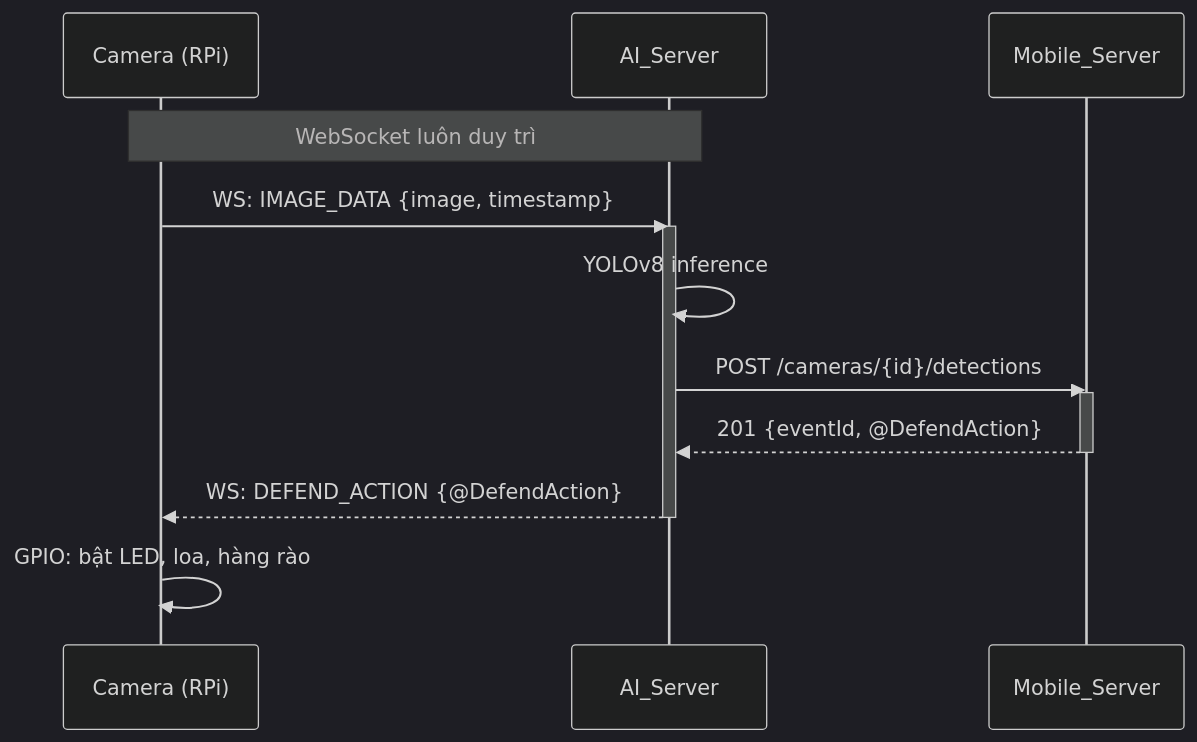
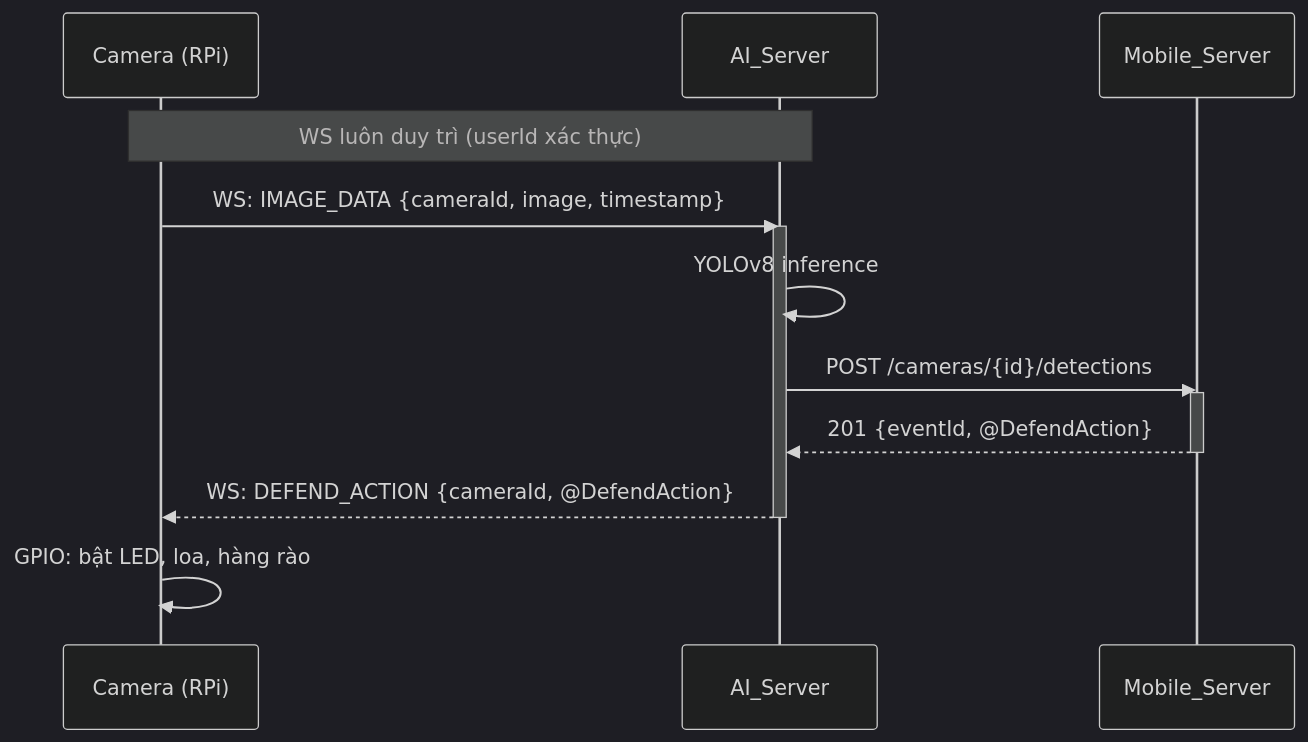
One commit to trungnguyenthien/Wildlife-Warning-and-Deterrence-System changed the diagram in docs/ai-server-websocket.md. Above: the diagram before and after it, drawn with Mermaid (dark theme). The commit also changed other lines of this file, not shown here.

Commit message:
feat: update WebSocket connection parameters and message format for Camera and AI_Server communication

````diff
--- a/docs/ai-server-websocket.md
+++ b/docs/ai-server-websocket.md
@@ -357,18 +402,18 @@
 ```mermaid
 sequenceDiagram
     participant Camera as Camera (RPi)
     participant AI_Server as AI_Server
     participant Mobile_Server as Mobile_Server
 
-    Note over Camera, AI_Server: WebSocket luôn duy trì
-    Camera->>AI_Server: WS: IMAGE_DATA {image, timestamp}
+    Note over Camera, AI_Server: WS luôn duy trì (userId xác thực)
+    Camera->>AI_Server: WS: IMAGE_DATA {cameraId, image, timestamp}
     activate AI_Server
     AI_Server->>AI_Server: YOLOv8 inference
     AI_Server->>Mobile_Server: POST /cameras/{id}/detections
     activate Mobile_Server
     Mobile_Server-->>AI_Server: 201 {eventId, @DefendAction}
     deactivate Mobile_Server
-    AI_Server-->>Camera: WS: DEFEND_ACTION {@DefendAction}
+    AI_Server-->>Camera: WS: DEFEND_ACTION {cameraId, @DefendAction}
     deactivate AI_Server
     Camera->>Camera: GPIO: bật LED, loa, hàng rào
 ```
````
